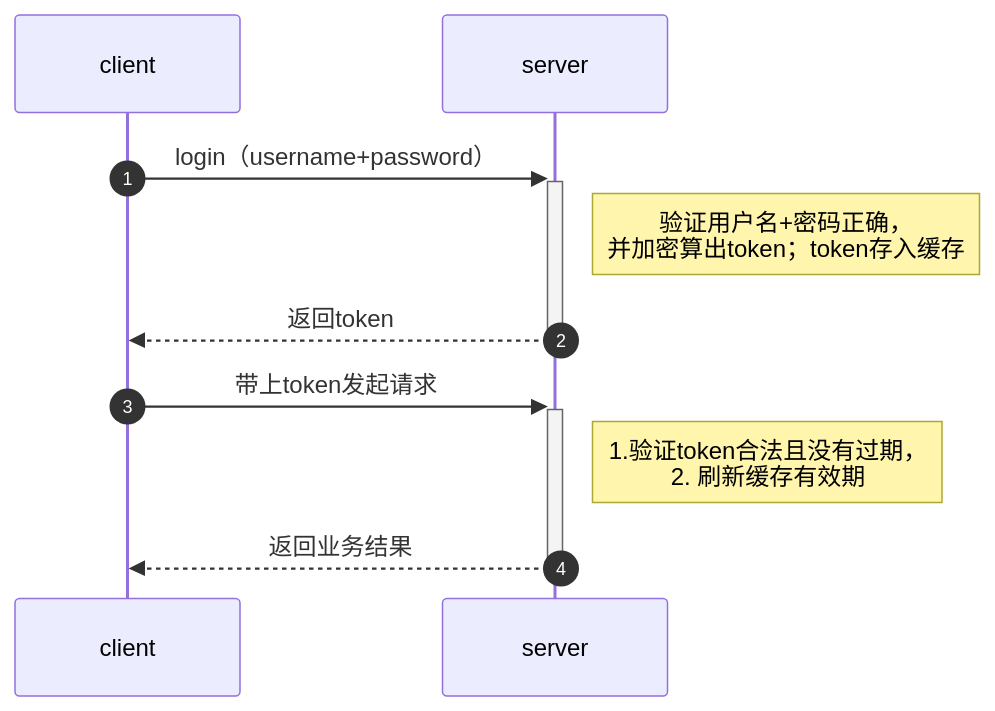
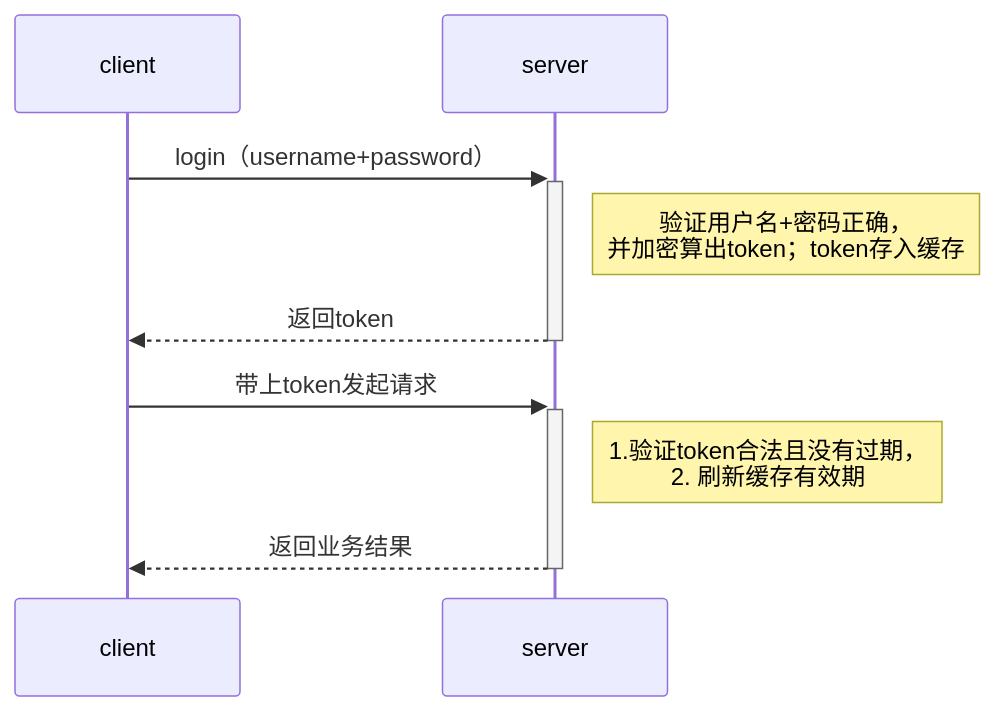
The diagram in source/_posts/goFrame学习之路.md (XiaobinZhao/XiaobinZhao.github.io), drawn with Mermaid before and after one commit. The commit also changed other lines of this file and 1 other file, not shown here.

````diff
--- a/source/_posts/goFrame学习之路.md
+++ b/source/_posts/goFrame学习之路.md
@@ -1366,10 +1400,9 @@
 ```mermaid
 sequenceDiagram
-	autonumber
 	client ->> +server: login（username+password）
 	Note right of server: 验证用户名+密码正确，<br/>并加密算出token；token存入缓存
 	server -->> -client: 返回token
 	client ->> +server: 带上token发起请求
 	Note right of server: 1.验证token合法且没有过期，<br/>2. 刷新缓存有效期
 	server -->> -client: 返回业务结果
 ```
````
